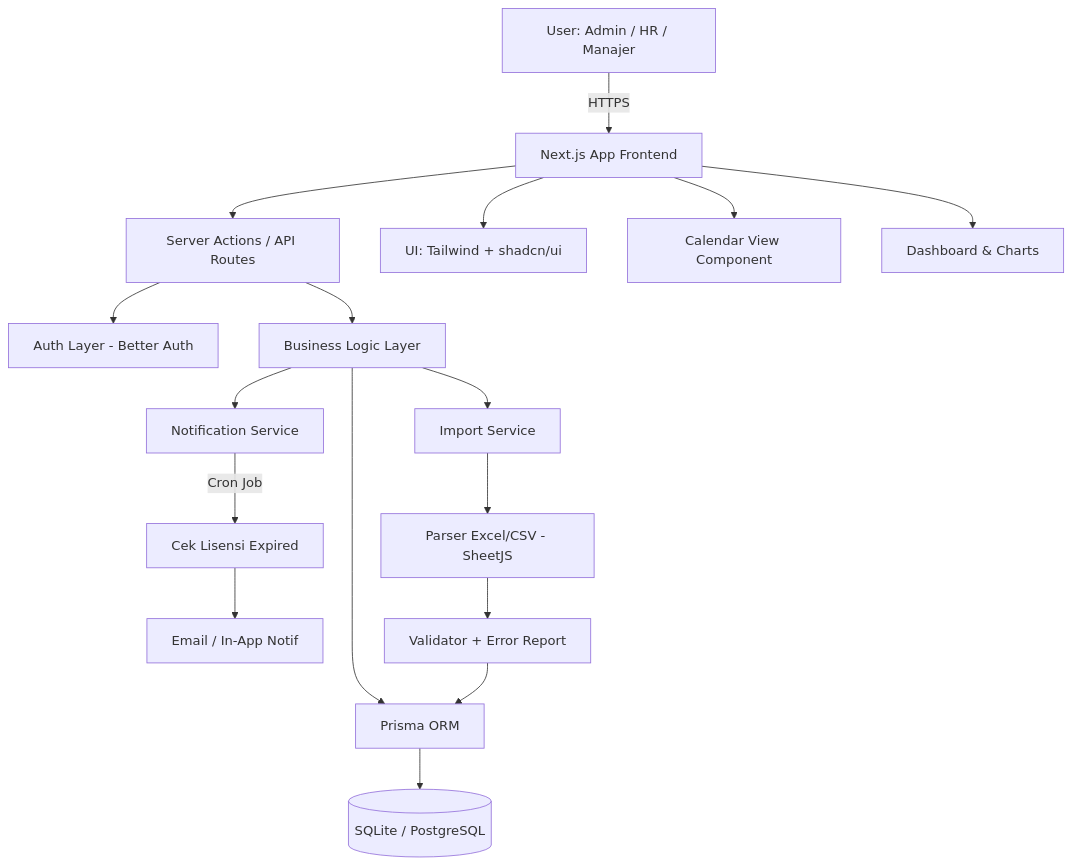
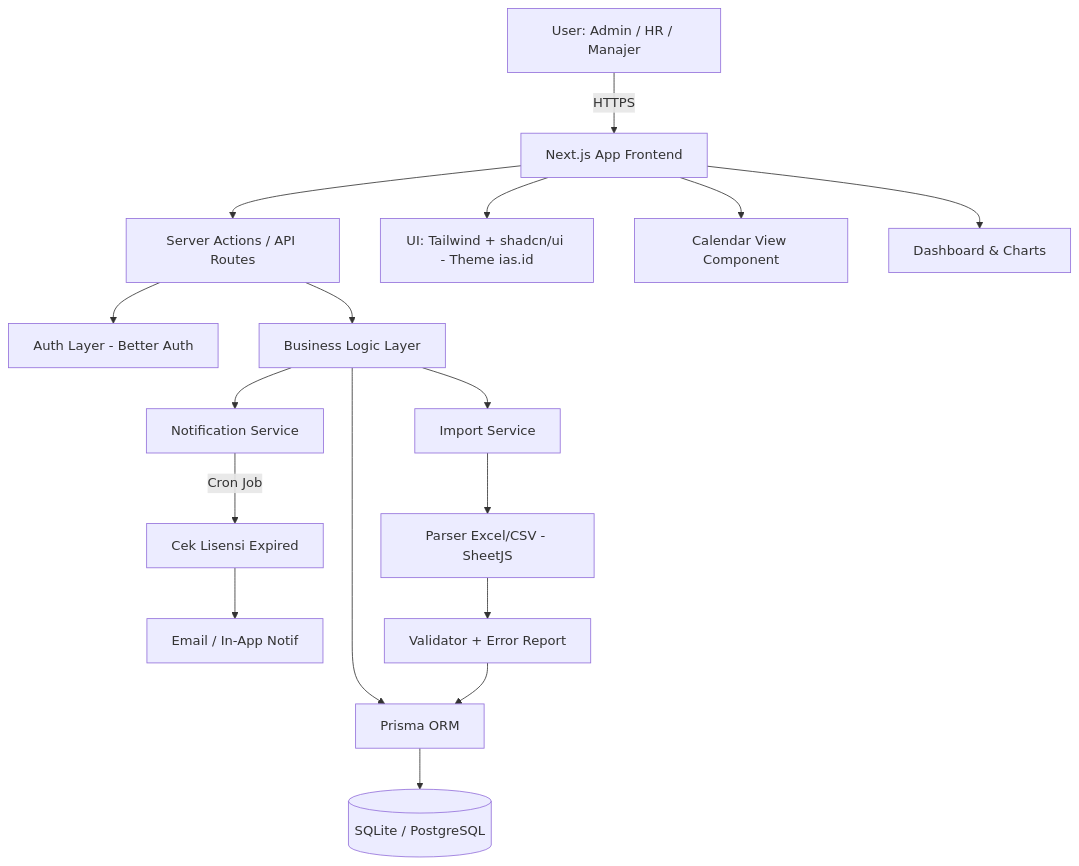
The first of 2 diagrams in PRD-LENTERA.md (appaldyt/Lentera), drawn with Mermaid before and after one commit. The commit also changed other lines of this file, not shown here.

````diff
--- a/PRD-LENTERA.md
+++ b/PRD-LENTERA.md
@@ -87,19 +135,19 @@
 ```mermaid
 flowchart TD
     A[User: Admin / HR / Manajer] -->|HTTPS| B[Next.js App Frontend]
     B --> C[Server Actions / API Routes]
     C --> D[Auth Layer - Better Auth]
     C --> E[Business Logic Layer]
     E --> F[Prisma ORM]
     F --> G[(SQLite / PostgreSQL)]
     E --> H[Notification Service]
     H -->|Cron Job| I[Cek Lisensi Expired]
     I --> J[Email / In-App Notif]
     E --> N[Import Service]
     N --> O[Parser Excel/CSV - SheetJS]
     O --> P[Validator + Error Report]
     P --> F
-    B --> K[UI: Tailwind + shadcn/ui]
+    B --> K[UI: Tailwind + shadcn/ui - Theme ias.id]
     B --> L[Calendar View Component]
     B --> M[Dashboard & Charts]
 ```
````
